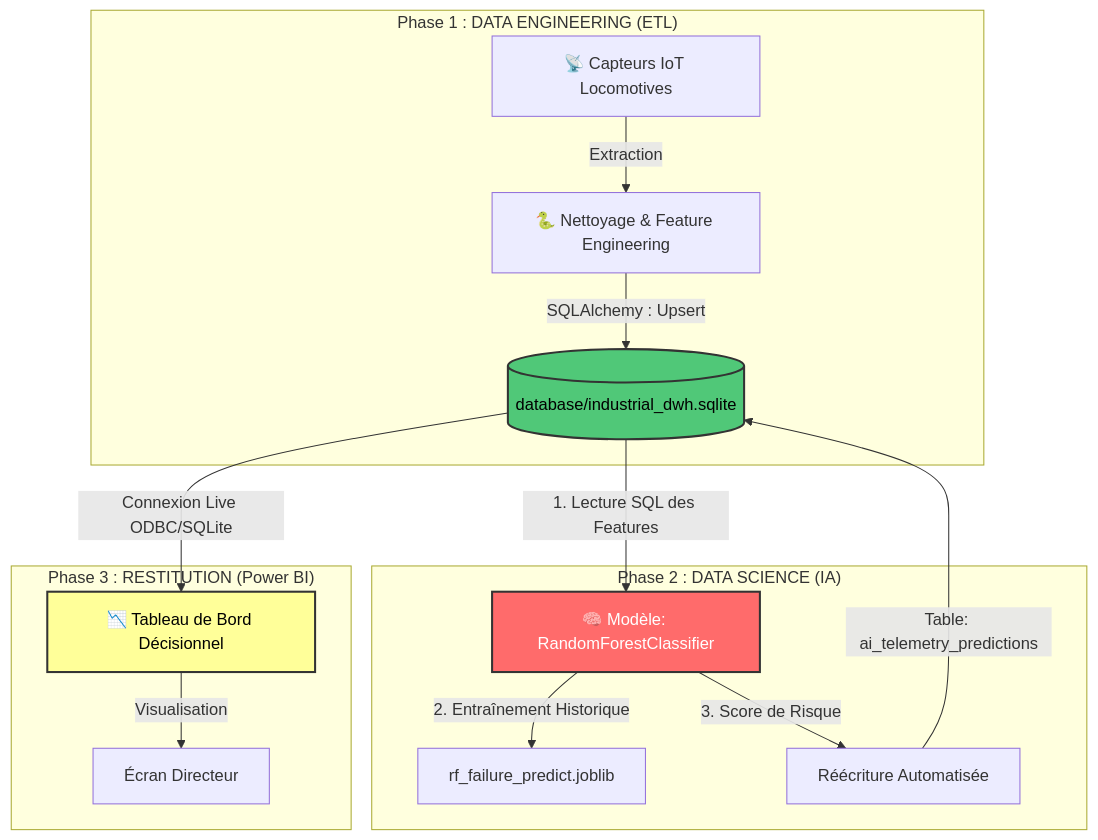
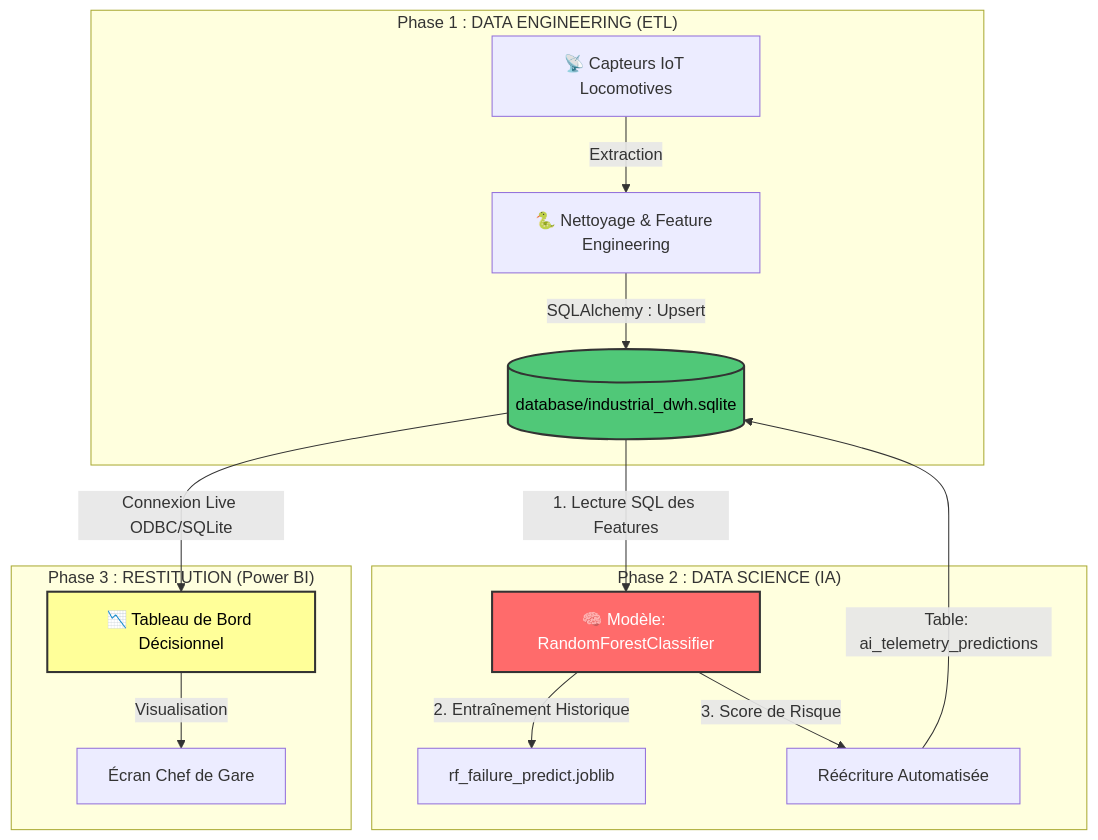
The diagram in README.md (Lkb-2905/Camrail-Industrial-Data-Platform), drawn with Mermaid before and after one commit. The commit also changed other lines of this file and 1 other file, not shown here.

````diff
--- a/README.md
+++ b/README.md
@@ -51,23 +51,23 @@
 ```mermaid
 graph TB
     subgraph "Phase 1 : DATA ENGINEERING (ETL)"
         A[📡 Capteurs IoT Locomotives] -->|Extraction| B[🐍 Nettoyage & Feature Engineering]
         B -->|SQLAlchemy : Upsert| C[(database/industrial_dwh.sqlite)]
     end
     
     subgraph "Phase 2 : DATA SCIENCE (IA)"
         C -->|1. Lecture SQL des Features| D[🧠 Modèle: RandomForestClassifier]
         D -->|2. Entraînement Historique| E[rf_failure_predict.joblib]
         D -->|3. Score de Risque| F[Réécriture Automatisée]
         F -->|Table: ai_telemetry_predictions| C
     end
     
     subgraph "Phase 3 : RESTITUTION (Power BI)"
         C -->|Connexion Live ODBC/SQLite| G[📉 Tableau de Bord Décisionnel]
-        G -->|Visualisation| H[Écran Directeur]
+        G -->|Visualisation| H[Écran Chef de Gare]
     end
     
     style C fill:#50C878,stroke:#333,stroke-width:2px,color:#000
     style D fill:#FF6B6B,stroke:#333,stroke-width:2px,color:#fff
     style G fill:#ff9,stroke:#333,stroke-width:2px,color:#000
 ```
````
